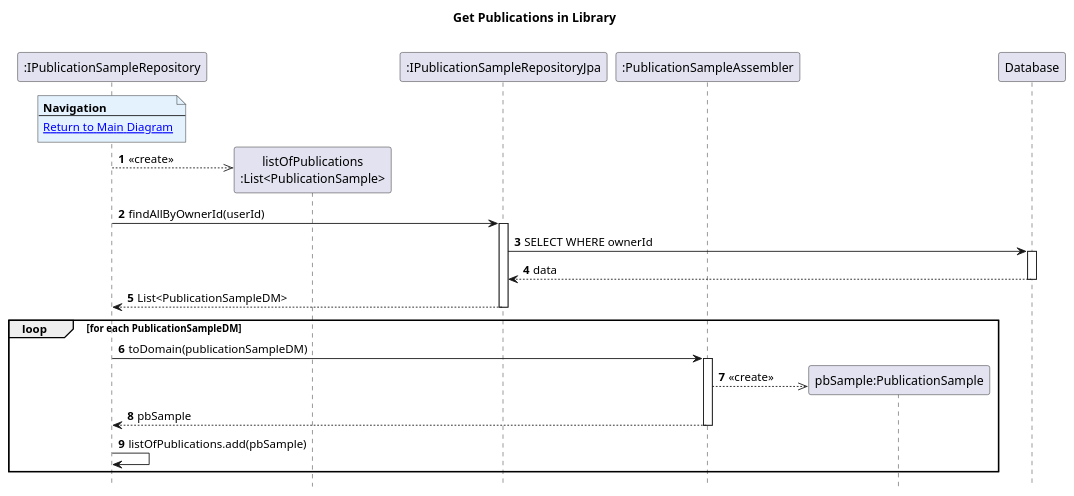
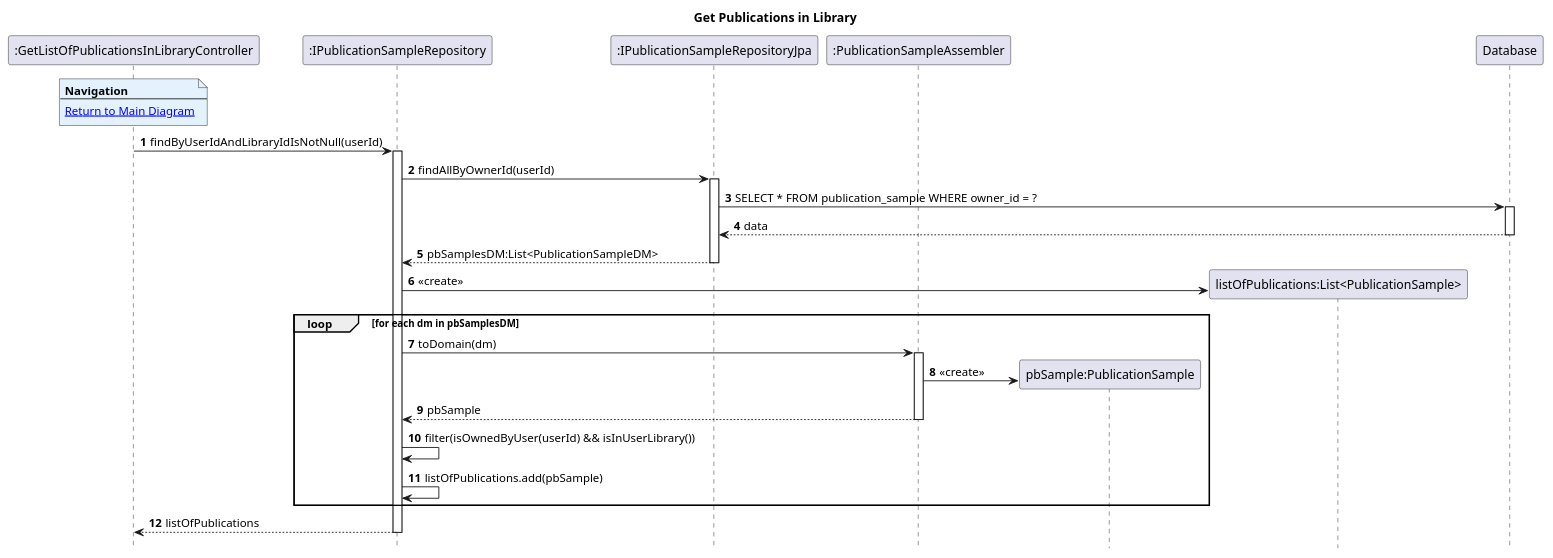
One commit to AndrePereiraGitH/SWitCH-Project-Team_A changed the diagram in Diagrams/SequenceDiagrams/N2/To-Get-List-Of-Publications-In-My-Library/3.GetPublicationsInLibrary.puml. Above: the diagram before and after it, drawn with PlantUML. The commit also changed 3 other files, not shown here.

Commit message:
docs #674: remove UserAssembler from user resolution flow, replace with .map(UserDM::getId)

```diff
--- a/Diagrams/SequenceDiagrams/N2/To-Get-List-Of-Publications-In-My-Library/3.GetPublicationsInLibrary.puml
+++ b/Diagrams/SequenceDiagrams/N2/To-Get-List-Of-Publications-In-My-Library/3.GetPublicationsInLibrary.puml
@@ -1,41 +1,49 @@
 @startuml
 hide footbox
 autonumber
 title Get Publications in Library
 
+participant ":GetListOfPublicationsInLibraryController" as Ctrl
 participant ":IPublicationSampleRepository" as pubSampleRepo
-participant "listOfPublications\n:List<PublicationSample>" as ListPubs
 participant ":IPublicationSampleRepositoryJpa" as pbJpa
 participant ":PublicationSampleAssembler" as pbAssembler
 participant "pbSample:PublicationSample" as pbDomain
+participant "listOfPublications:List<PublicationSample>" as ListPubs
 participant "Database" as db
 
-note over pubSampleRepo #E3F2FD
+note over Ctrl #E3F2FD
 <b>Navigation</b>
 ---
 [[1.MainDiagram.puml Return to Main Diagram]]
 end note
 
-pubSampleRepo -->> ListPubs ** : <<create>>
+Ctrl -> pubSampleRepo: findByUserIdAndLibraryIdIsNotNull(userId)
+activate pubSampleRepo
 
-pubSampleRepo -> pbJpa : findAllByOwnerId(userId)
+pubSampleRepo -> pbJpa: findAllByOwnerId(userId)
 activate pbJpa
 
-pbJpa -> db : SELECT WHERE ownerId
+pbJpa -> db: SELECT * FROM publication_sample WHERE owner_id = ?
 activate db
-db --> pbJpa : data
+db --> pbJpa: data
 deactivate db
 
-pbJpa --> pubSampleRepo : List<PublicationSampleDM>
+pbJpa --> pubSampleRepo: pbSamplesDM:List<PublicationSampleDM>
 deactivate pbJpa
 
-loop for each PublicationSampleDM
-    pubSampleRepo -> pbAssembler : toDomain(publicationSampleDM)
+pubSampleRepo -> ListPubs **: <<create>>
+
+loop for each dm in pbSamplesDM
+    pubSampleRepo -> pbAssembler: toDomain(dm)
     activate pbAssembler
-    pbAssembler -->> pbDomain ** : <<create>>
-    pbAssembler --> pubSampleRepo : pbSample
+    pbAssembler -> pbDomain **: <<create>>
+    pbAssembler --> pubSampleRepo: pbSample
     deactivate pbAssembler
-    pubSampleRepo -> pubSampleRepo : listOfPublications.add(pbSample)
+    pubSampleRepo -> pubSampleRepo: filter(isOwnedByUser(userId) && isInUserLibrary())
+    pubSampleRepo -> pubSampleRepo: listOfPublications.add(pbSample)
 end
 
+pubSampleRepo --> Ctrl: listOfPublications
+deactivate pubSampleRepo
+
 @enduml
```
